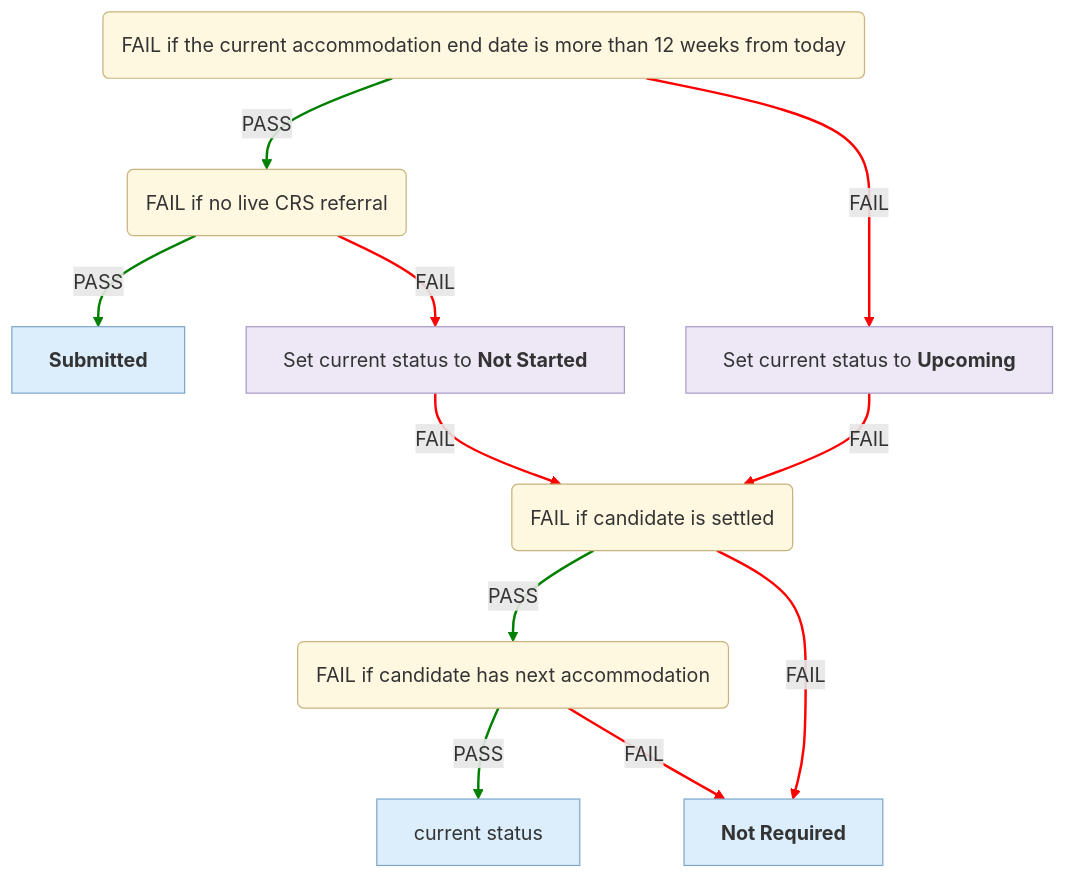
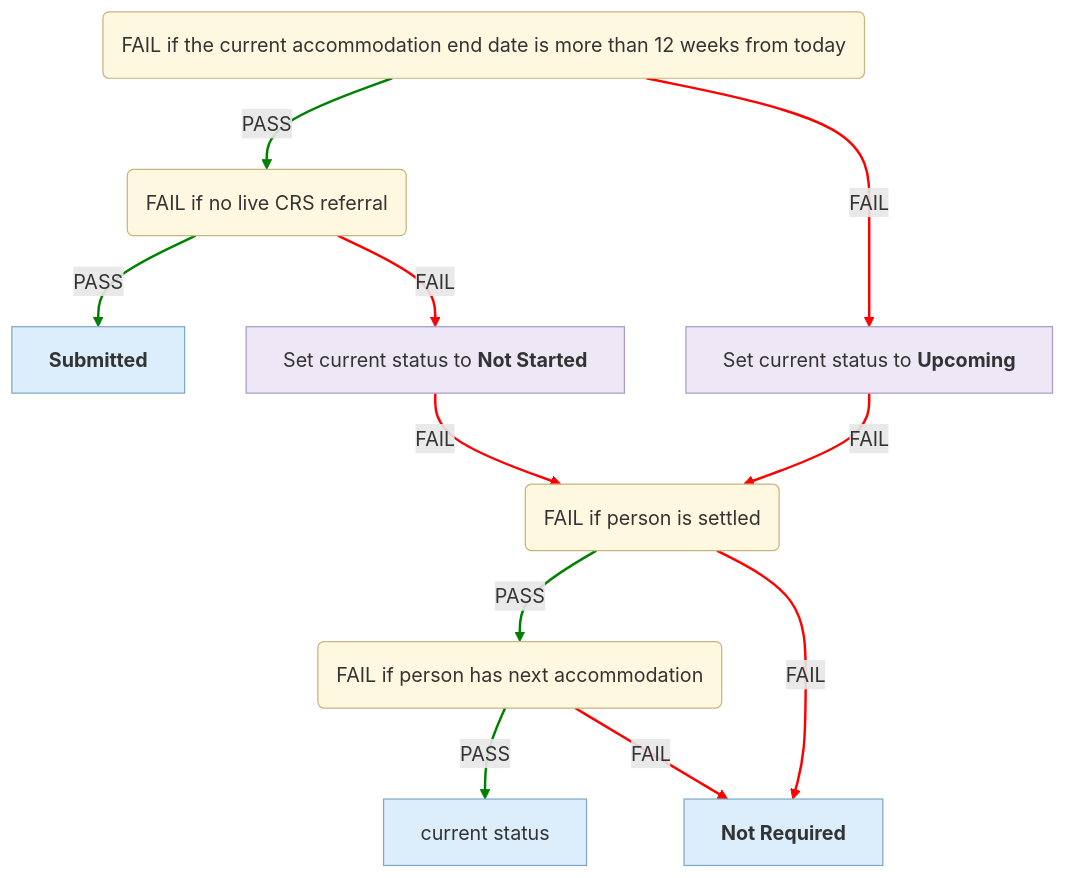
Before and after one commit to ministryofjustice/hmpps-single-accommodation-service-api: the fourth of 6 diagrams in docs/eligibility-rules-graph.md, drawn with Mermaid. The commit also changed other lines of this file and 55 other files, not shown here.

````diff
--- a/docs/eligibility-rules-graph.md
+++ b/docs/eligibility-rules-graph.md
@@ -421,31 +496,31 @@
 ```mermaid
 %%{init: {"flowchart": {"wrappingWidth": 800}}}%%
 flowchart TD
   Upcoming("<div style='text-align:left'>FAIL if the current accommodation end date is more than 12 weeks from today</div>")
   Completion("<div style='text-align:left'>FAIL if no live CRS referral</div>")
   CRS_SUBMITTED["<b>Submitted</b>"]
   updater_CrsCompletionContextUpdater["Set current status to <b>Not Started</b>"]
-  Eligibility_Settled("<div style='text-align:left'>FAIL if candidate is settled</div>")
-  Eligibility_Next_Accommodation("<div style='text-align:left'>FAIL if candidate has next accommodation</div>")
+  Eligibility_Settled("<div style='text-align:left'>FAIL if person is settled</div>")
+  Eligibility_Next_Accommodation("<div style='text-align:left'>FAIL if person has next accommodation</div>")
   confirmed["current status"]
   CRS_NOT_REQUIRED["<b>Not Required</b>"]
   updater_CrsUpcomingContextUpdater["Set current status to <b>Upcoming</b>"]
   Completion -->|PASS| CRS_SUBMITTED
   Completion -->|FAIL| updater_CrsCompletionContextUpdater
   Eligibility_Next_Accommodation -->|PASS| confirmed
   Eligibility_Next_Accommodation -->|FAIL| CRS_NOT_REQUIRED
   Eligibility_Settled -->|PASS| Eligibility_Next_Accommodation
   Eligibility_Settled -->|FAIL| CRS_NOT_REQUIRED
   updater_CrsCompletionContextUpdater -->|FAIL| Eligibility_Settled
   Upcoming -->|PASS| Completion
   Upcoming -->|FAIL| updater_CrsUpcomingContextUpdater
   updater_CrsUpcomingContextUpdater -->|FAIL| Eligibility_Settled
   linkStyle 0,2,4,7 stroke:green,stroke-width:2px
   linkStyle 1,3,5,6,8,9 stroke:red,stroke-width:2px
   classDef ruleSetNode fill:#FFF8E1,stroke:#C9B37E,color:#333
   classDef outcomeNode fill:#DCEEFB,stroke:#7FA7C9,color:#333
   classDef updaterNode fill:#EDE7F6,stroke:#A99BC9,color:#333
   class Upcoming,Completion,Eligibility_Settled,Eligibility_Next_Accommodation ruleSetNode
   class CRS_SUBMITTED,confirmed,CRS_NOT_REQUIRED outcomeNode
   class updater_CrsCompletionContextUpdater,updater_CrsUpcomingContextUpdater updaterNode
 ```
````
